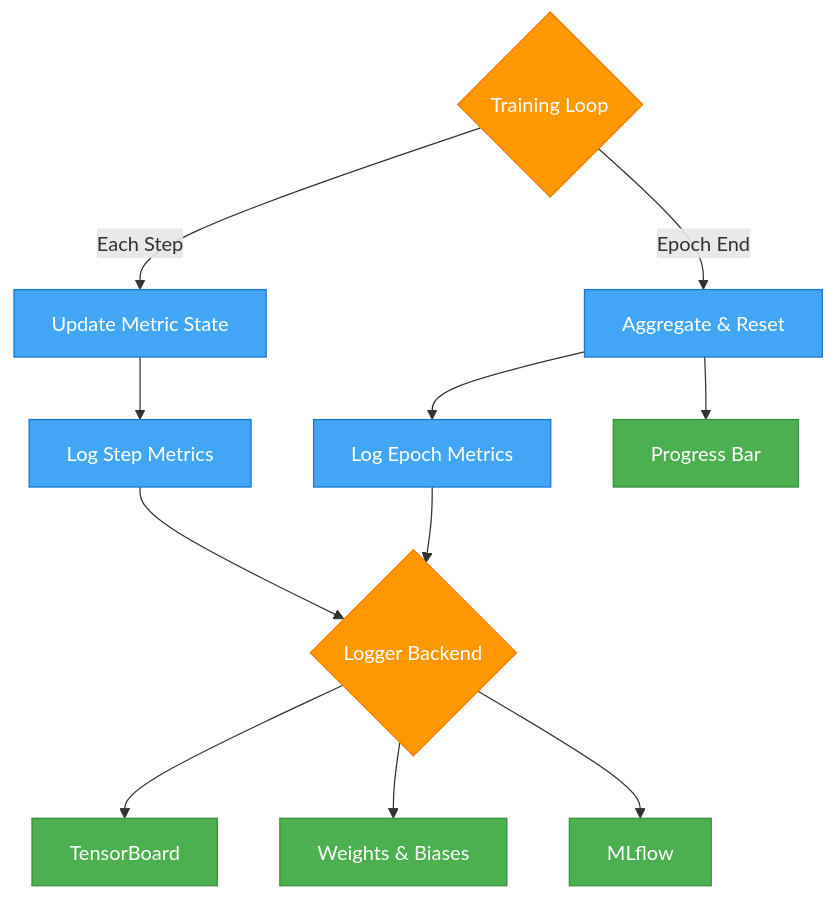
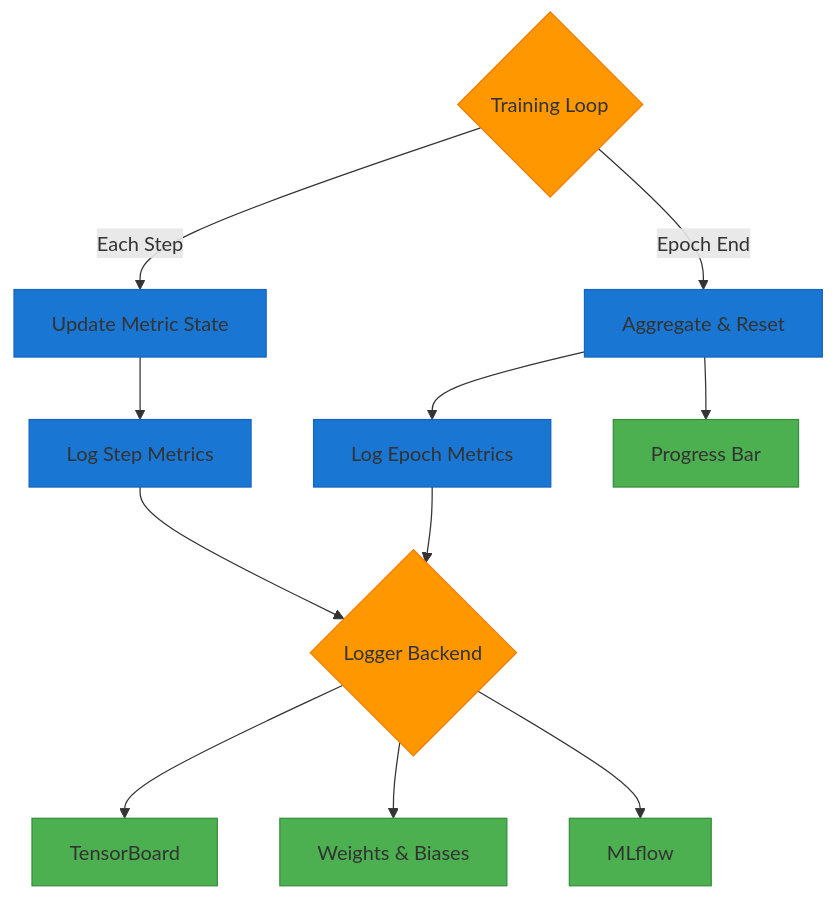
The second of 2 diagrams in docs/user-guide/evaluation/metrics.md (theja-vanka/AutoTimm), drawn with Mermaid before and after one commit. The commit also changed other lines of this file and 37 other files, not shown here.

````diff
--- a/docs/user-guide/evaluation/metrics.md
+++ b/docs/user-guide/evaluation/metrics.md
@@ -23,24 +23,24 @@
 ```mermaid
 graph TD
     A{Training Loop} -->|Each Step| B[Update Metric State]
     A -->|Epoch End| C[Aggregate & Reset]
     B --> D[Log Step Metrics]
     C --> E[Log Epoch Metrics]
     D --> F{Logger Backend}
     E --> F
     F --> G1[TensorBoard]
     F --> G2[Weights & Biases]
     F --> G3[MLflow]
     C --> H[Progress Bar]
 
-    style A fill:#FF9800,stroke:#F57C00,color:#fff
-    style B fill:#42A5F5,stroke:#1976D2,color:#fff
-    style C fill:#42A5F5,stroke:#1976D2,color:#fff
-    style D fill:#42A5F5,stroke:#1976D2,color:#fff
-    style E fill:#42A5F5,stroke:#1976D2,color:#fff
-    style F fill:#FF9800,stroke:#F57C00,color:#fff
-    style G1 fill:#4CAF50,stroke:#388E3C,color:#fff
-    style G2 fill:#4CAF50,stroke:#388E3C,color:#fff
-    style G3 fill:#4CAF50,stroke:#388E3C,color:#fff
-    style H fill:#4CAF50,stroke:#388E3C,color:#fff
+    style A fill:#FF9800,stroke:#F57C00
+    style B fill:#1976D2,stroke:#1565C0
+    style C fill:#1976D2,stroke:#1565C0
+    style D fill:#1976D2,stroke:#1565C0
+    style E fill:#1976D2,stroke:#1565C0
+    style F fill:#FF9800,stroke:#F57C00
+    style G1 fill:#4CAF50,stroke:#388E3C
+    style G2 fill:#4CAF50,stroke:#388E3C
+    style G3 fill:#4CAF50,stroke:#388E3C
+    style H fill:#4CAF50,stroke:#388E3C
 ```
````
